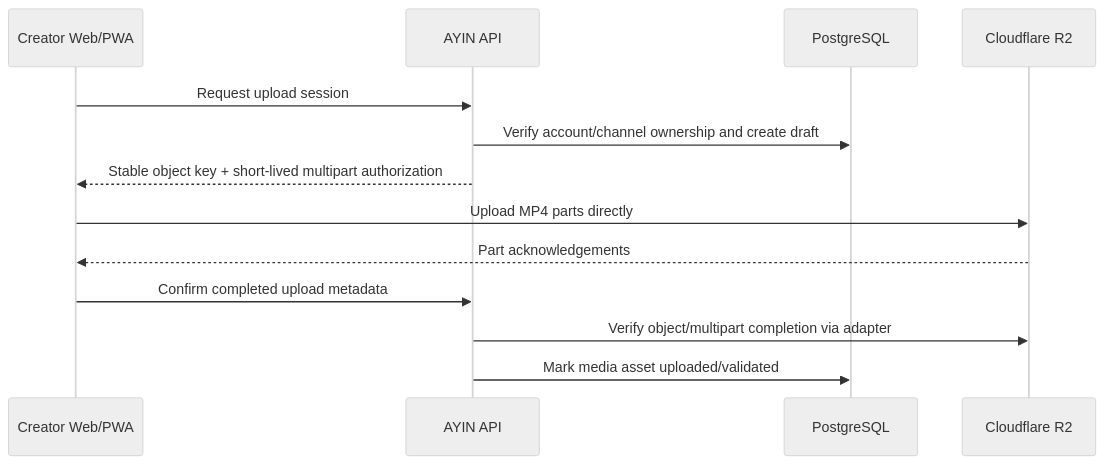
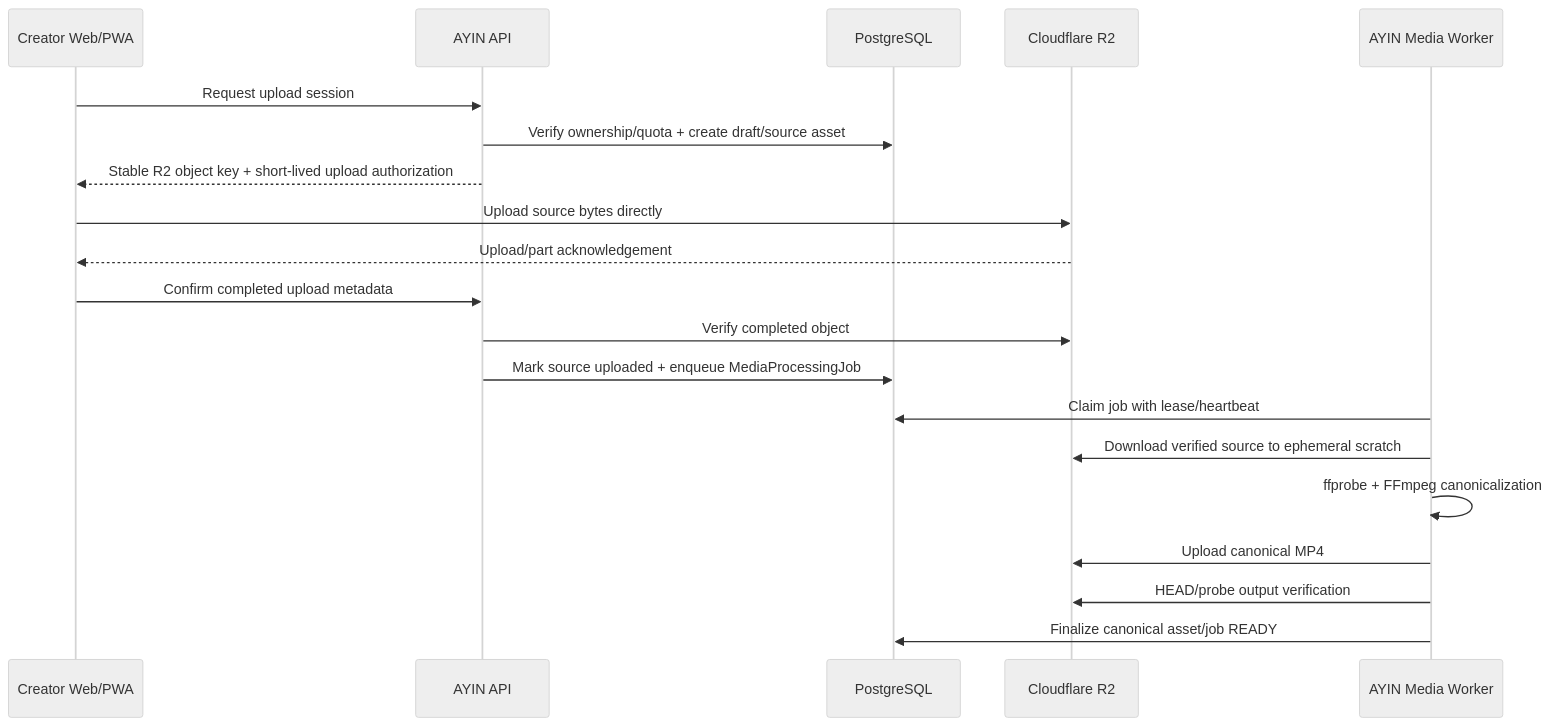
One commit to eltx1/ayin changed the second of 2 diagrams in docs/ARCHITECTURE.md. Above: the diagram before and after it, drawn with Mermaid (neutral theme). The commit also changed other lines of this file and 9 other files, not shown here.

First line of the commit message:
Task 39: Media Architecture V2 contracts for HLS/ABR (#58)

````diff
--- a/docs/ARCHITECTURE.md
+++ b/docs/ARCHITECTURE.md
@@ -144,16 +150,23 @@
 ```mermaid
 sequenceDiagram
     participant C as Creator Web/PWA
     participant A as AYIN API
     participant P as PostgreSQL
     participant R as Cloudflare R2
+    participant W as AYIN Media Worker
 
     C->>A: Request upload session
-    A->>P: Verify account/channel ownership and create draft
-    A-->>C: Stable object key + short-lived multipart authorization
-    C->>R: Upload MP4 parts directly
-    R-->>C: Part acknowledgements
+    A->>P: Verify ownership/quota + create draft/source asset
+    A-->>C: Stable R2 object key + short-lived upload authorization
+    C->>R: Upload source bytes directly
+    R-->>C: Upload/part acknowledgement
     C->>A: Confirm completed upload metadata
-    A->>R: Verify object/multipart completion via adapter
-    A->>P: Mark media asset uploaded/validated
+    A->>R: Verify completed object
+    A->>P: Mark source uploaded + enqueue MediaProcessingJob
+    W->>P: Claim job with lease/heartbeat
+    W->>R: Download verified source to ephemeral scratch
+    W->>W: ffprobe + FFmpeg canonicalization
+    W->>R: Upload canonical MP4
+    W->>R: HEAD/probe output verification
+    W->>P: Finalize canonical asset/job READY
 ```
````
